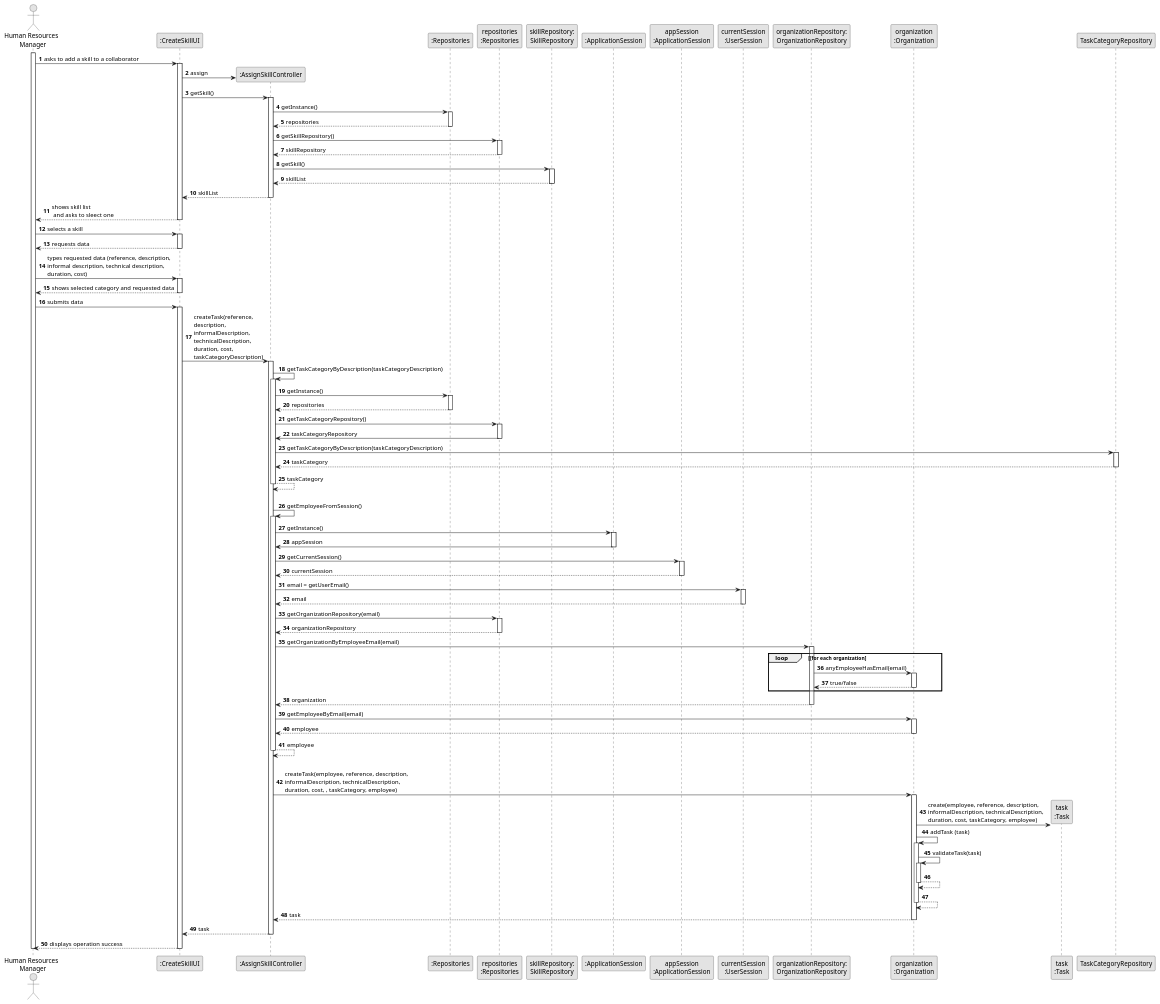
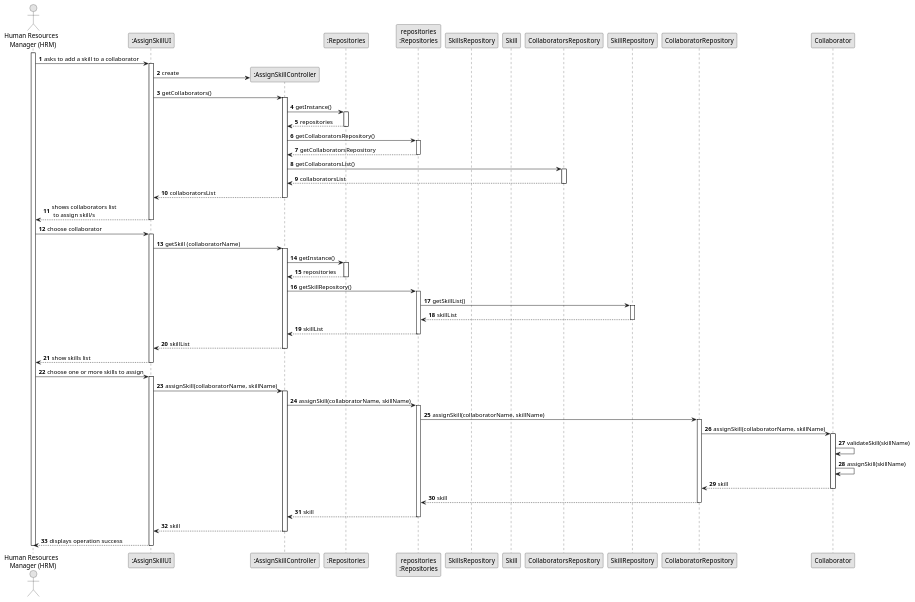
Before and after one commit to Departamento-de-Engenharia-Informatica/lei-24-s2-1dkl-g134: the diagram in docs/sprintB/us004/03.design/puml/us004-sequence-diagram-full.puml, drawn with PlantUML.

Commit message:
sequence diagram us004 done

```diff
--- a/docs/sprintB/us004/03.design/puml/us004-sequence-diagram-full.puml
+++ b/docs/sprintB/us004/03.design/puml/us004-sequence-diagram-full.puml
@@ -1,182 +1,122 @@
 @startuml
 skinparam monochrome true
 skinparam packageStyle rectangle
 skinparam shadowing false
 
 autonumber
 
 'hide footbox
-actor "Human Resources \n Manager" as ADM
-participant ":CreateSkillUI" as UI
+actor "Human Resources \n Manager (HRM)" as HRM
+participant ":AssignSkillUI" as UI
 participant ":AssignSkillController" as CTRL
 participant ":Repositories" as RepositorySingleton
 participant "repositories\n:Repositories" as PLAT
-participant "skillRepository:\nSkillRepository" as SkillRepository
-participant ":ApplicationSession" as _APP
-participant "appSession\n:ApplicationSession" as APP
-participant "currentSession\n:UserSession" as SESSAO
-participant "organizationRepository:\nOrganizationRepository" as OrganizationRepository
-participant "organization\n:Organization" as ORG
-participant "task\n:Task" as TAREFA
+participant "SkillsRepository" as SkillsRepository
+participant "Skill" as Skill
+participant "CollaboratorsRepository" as CollaboratorsRepository
 
-activate ADM
+activate HRM
 
-        ADM -> UI : asks to add a skill to a collaborator
+        HRM -> UI : asks to add a skill to a collaborator
 
         activate UI
 
 
+            UI -> CTRL** : create
 
-'            UI --> ADM : requests data (reference, description,  informal \n description, technical description, duration, cost)
-            'create CTRL
-            UI -> CTRL** : assign
-
-            UI -> CTRL : getSkill()
+            UI -> CTRL : getCollaborators()
             activate CTRL
 
                 CTRL -> RepositorySingleton : getInstance()
                 activate RepositorySingleton
 
                     RepositorySingleton --> CTRL: repositories
                 deactivate RepositorySingleton
 
-                CTRL -> PLAT : getSkillRepository()
+                CTRL -> PLAT : getCollaboratorsRepository()
                 activate PLAT
 
-                    PLAT --> CTRL: skillRepository
+                    PLAT --> CTRL: getCollaboratorsRepository
                 deactivate PLAT
 
-                CTRL -> SkillRepository : getSkill()
-                activate SkillRepository
+                CTRL -> CollaboratorsRepository : getCollaboratorsList()
+                activate CollaboratorsRepository
 
-                    SkillRepository --> CTRL : skillList
-                deactivate SkillRepository
+                    CollaboratorsRepository --> CTRL : collaboratorsList
+                deactivate CollaboratorsRepository
 
-                CTRL --> UI : skillList
+                CTRL --> UI : collaboratorsList
             deactivate CTRL
 
-            UI --> ADM : shows skill list\n and asks to sleect one
+            UI --> HRM : shows collaborators list\n to assign skill/s
         deactivate UI
 
-    ADM -> UI : selects a skill
+    HRM -> UI : choose collaborator
     activate UI
 
-        UI --> ADM : requests data
-    deactivate UI
+   UI -> CTRL : getSkill (collaboratorName)
+           activate CTRL
 
-    ADM -> UI : types requested data (reference, description, \ninformal description, technical description,\nduration, cost)
-    activate UI
+ CTRL -> RepositorySingleton : getInstance()
+         activate RepositorySingleton
 
-        UI --> ADM : shows selected category and requested data
-    deactivate UI
+         RepositorySingleton --> CTRL: repositories
+         deactivate RepositorySingleton
 
-    ADM -> UI : submits data
-    activate UI
+         CTRL -> PLAT : getSkillRepository()
+         activate PLAT
 
-        UI -> CTRL : createTask(reference,\ndescription,\ninformalDescription,\ntechnicalDescription,\nduration, cost,\ntaskCategoryDescription)
-        activate CTRL
+         PLAT -> SkillRepository : getSkillList()
+         activate SkillRepository
 
-            CTRL -> CTRL : getTaskCategoryByDescription(taskCategoryDescription)
-            activate CTRL
+         SkillRepository --> PLAT : skillList
+         deactivate  SkillRepository
 
-                CTRL -> RepositorySingleton : getInstance()
-                activate RepositorySingleton
+         PLAT --> CTRL: skillList
+         deactivate PLAT
 
-                    RepositorySingleton --> CTRL: repositories
-                deactivate RepositorySingleton
+         CTRL --> UI : skillList
+         deactivate CTRL
 
-                CTRL -> PLAT : getTaskCategoryRepository()
-                activate PLAT
+         UI --> HRM : show skills list
+         deactivate UI
 
-                    PLAT -> CTRL : taskCategoryRepository
-                deactivate PLAT
+         HRM -> UI : choose one or more skills to assign
+         activate UI
 
-                CTRL -> TaskCategoryRepository : getTaskCategoryByDescription(taskCategoryDescription)
-                activate TaskCategoryRepository
+         UI -> CTRL : assignSkill(collaboratorName, skillName)
+         activate CTRL
 
-                    TaskCategoryRepository --> CTRL : taskCategory
-                deactivate TaskCategoryRepository
-                    CTRL --> CTRL : taskCategory
-            deactivate CTRL
+         CTRL -> PLAT : assignSkill(collaboratorName, skillName)
+         activate PLAT
 
-            |||
-            CTRL -> CTRL : getEmployeeFromSession()
-            activate CTRL
-
-                CTRL -> _APP: getInstance()
-                activate _APP
-                    _APP -> CTRL: appSession
-                deactivate _APP
+         PLAT -> CollaboratorRepository : assignSkill(collaboratorName, skillName)
+         activate CollaboratorRepository
 
 
-                CTRL -> APP: getCurrentSession()
-                activate APP
+         CollaboratorRepository -> Collaborator : assignSkill(collaboratorName, skillName)
+         activate Collaborator
 
-                    APP --> CTRL: currentSession
-                deactivate APP
+         Collaborator -> Collaborator : validateSkill(skillName)
 
-                CTRL -> SESSAO: email = getUserEmail()
-                activate SESSAO
+         Collaborator -> Collaborator :assignSkill(skillName)
 
-                    SESSAO --> CTRL: email
-                deactivate SESSAO
+         Collaborator --> CollaboratorRepository : skill
+         deactivate Collaborator
 
 
-                CTRL -> PLAT: getOrganizationRepository(email)
-                activate PLAT
+         CollaboratorRepository --> PLAT : skill
+         deactivate CollaboratorRepository
 
-                    PLAT --> CTRL: organizationRepository
-                deactivate PLAT
+         PLAT --> CTRL : skill
+         deactivate PLAT
 
+         CTRL --> UI : skill
+         deactivate CTRL
 
-                CTRL -> OrganizationRepository: getOrganizationByEmployeeEmail(email)
-                activate OrganizationRepository
+         UI --> HRM : displays operation success
+         deactivate UI
 
-                    loop [for each organization
-                        OrganizationRepository -> ORG : anyEmployeeHasEmail(email)
-                        activate ORG
+         deactivate HRM
 
-                             ORG --> OrganizationRepository : true/false
-                        deactivate ORG
-                    end
-                    OrganizationRepository --> CTRL : organization
-                deactivate OrganizationRepository
-
-                CTRL -> ORG: getEmployeeByEmail(email)
-                activate ORG
-
-                    ORG --> CTRL : employee
-                deactivate ORG
-
-                CTRL --> CTRL : employee
-            deactivate CTRL
-
-            |||
-            CTRL -> ORG: createTask(employee, reference, description,\ninformalDescription, technicalDescription,\nduration, cost, , taskCategory, employee)
-            activate ORG
-
-                ORG -> TAREFA**: create(employee, reference, description,\ninformalDescription, technicalDescription,\nduration, cost, taskCategory, employee)
-                ORG -> ORG: addTask (task)
-
-
-                activate ORG
-                    ORG -> ORG: validateTask(task)
-                    activate ORG
-                        ORG --> ORG
-                    deactivate ORG
-
-                    ORG --> ORG
-                deactivate ORG
-
-                ORG --> CTRL : task
-
-            deactivate ORG
-
-            CTRL --> UI: task
-            deactivate CTRL
-            UI --> ADM: displays operation success
-    deactivate UI
-
-deactivate ADM
-
-@enduml
+ @enduml
```
